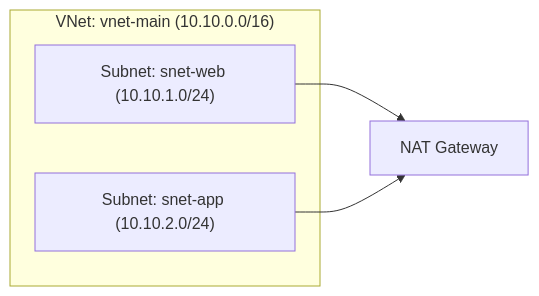
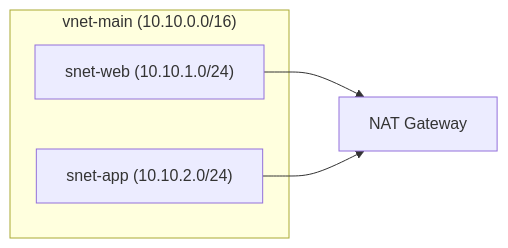
One commit to Ch3rry-Pi3-Azure/Azure-3-Tier-VNet changed the sixth of 8 diagrams in README.md. Above: the diagram before and after it, drawn with Mermaid. The commit also changed other lines of this file, not shown here.

Commit message:
Fix formatting in README.md for subnet diagrams

````diff
--- a/README.md
+++ b/README.md
@@ -120,9 +120,9 @@
 ```mermaid
 flowchart LR
-    subgraph VNet["VNet: vnet-main (10.10.0.0/16)"]
-        WebSubnet["Subnet: snet-web (10.10.1.0/24)"]
-        AppSubnet["Subnet: snet-app (10.10.2.0/24)"]
+    subgraph VNet["vnet-main (10.10.0.0/16)"]
+        WebSubnet["snet-web (10.10.1.0/24)"]
+        AppSubnet["snet-app (10.10.2.0/24)"]
     end
     WebSubnet --> NAT[NAT Gateway]
     AppSubnet --> NAT
 ```
````
